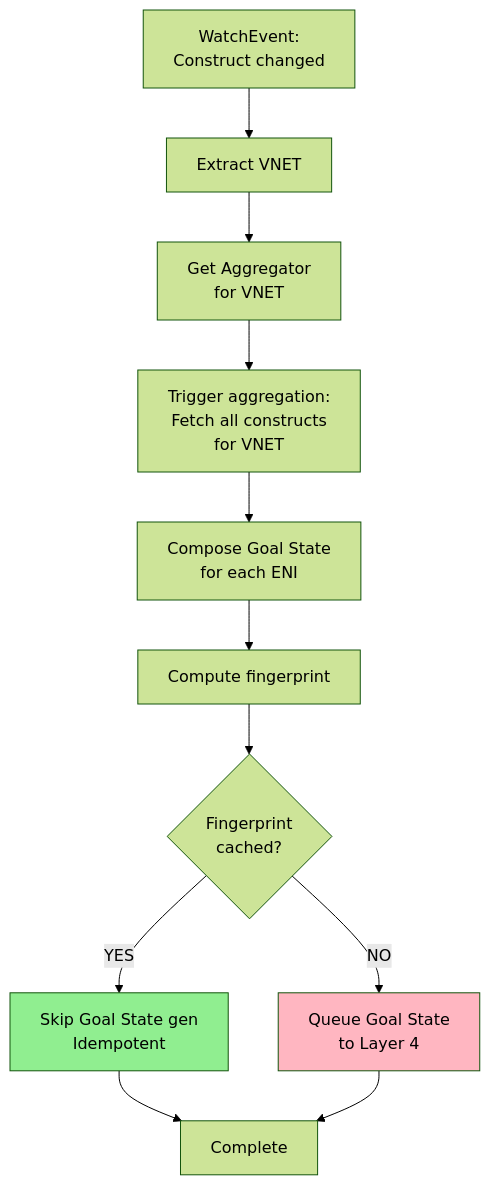
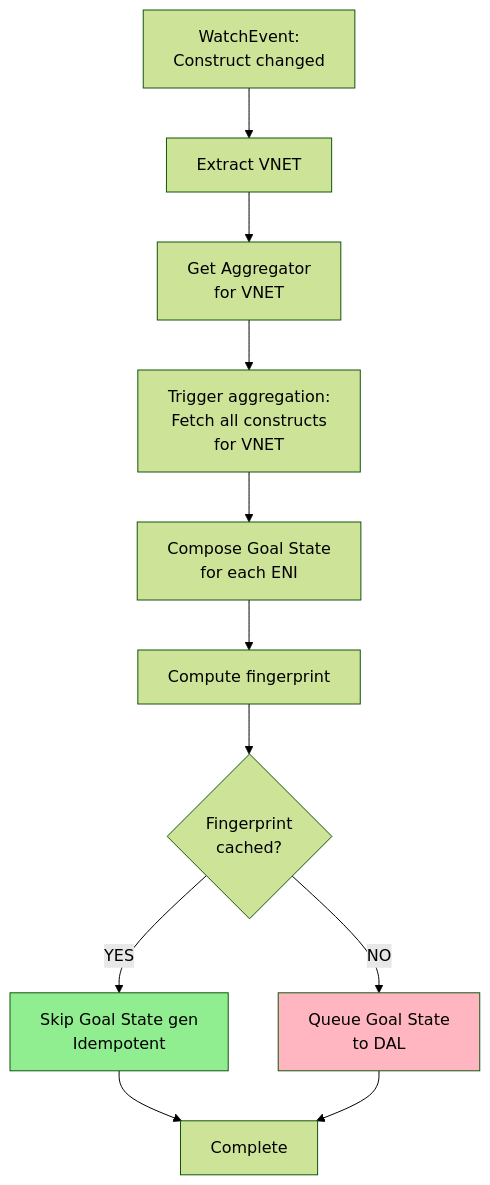
The fourth of 9 diagrams in docs/FM-Designs/FM_DESIGN_LAYER3_SOUTHBOUND_SUPER_ENHANCED.md (rashmirrout/DashFabric), drawn with Mermaid (forest theme) before and after one commit. The commit also changed other lines of this file and 32 other files, not shown here.

````diff
--- a/docs/FM-Designs/FM_DESIGN_LAYER3_SOUTHBOUND_SUPER_ENHANCED.md
+++ b/docs/FM-Designs/FM_DESIGN_LAYER3_SOUTHBOUND_SUPER_ENHANCED.md
@@ -193,31 +193,31 @@
 ```mermaid
 graph TD
     A["WatchEvent:<br/>Construct changed"]
     
     B["Extract VNET"]
     
     C["Get Aggregator<br/>for VNET"]
     
     D["Trigger aggregation:<br/>Fetch all constructs<br/>for VNET"]
     
     E["Compose Goal State<br/>for each ENI"]
     
     F["Compute fingerprint"]
     
     G{"Fingerprint<br/>cached?"}
     
     G -->|"YES"| H["Skip Goal State gen<br/>Idempotent"]
-    G -->|"NO"| I["Queue Goal State<br/>to Layer 4"]
+    G -->|"NO"| I["Queue Goal State<br/>to DAL"]
     
     A --> B
     B --> C
     C --> D
     D --> E
     E --> F
     F --> G
     H --> J["Complete"]
     I --> J
     
     style H fill:#90EE90
     style I fill:#FFB6C1
 ```
````
